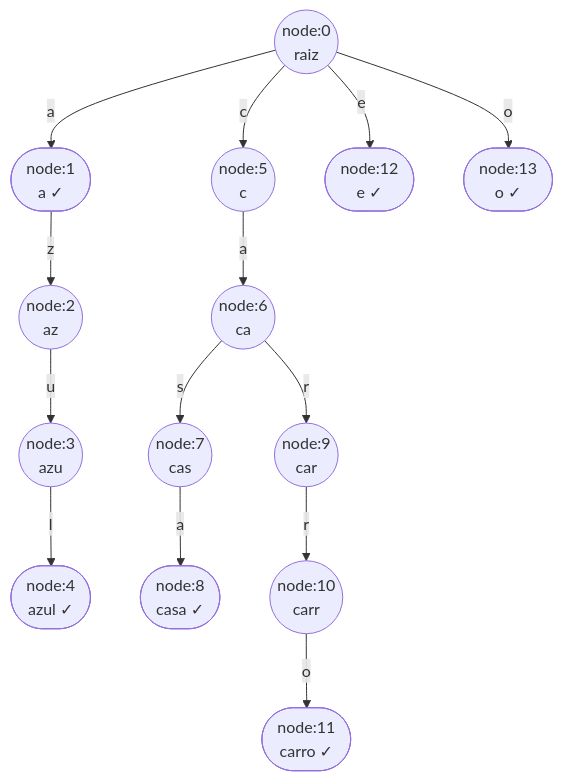
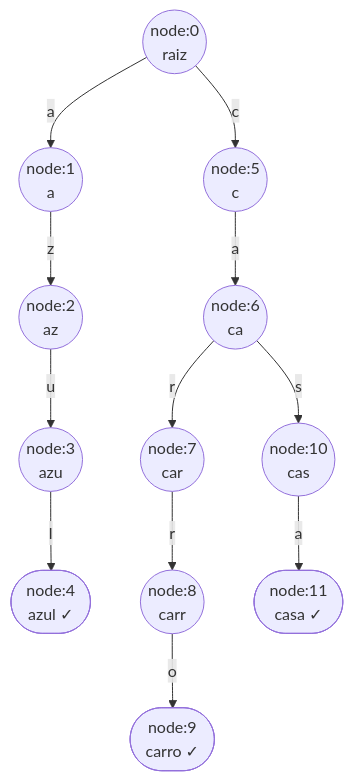
The fifth of 9 diagrams in docs/como-funciona.md (evertondays/fire-flower), drawn with Mermaid before and after one commit. The commit also changed other lines of this file and 22 other files, not shown here.

````diff
--- a/docs/como-funciona.md
+++ b/docs/como-funciona.md
@@ -269,16 +282,14 @@
 ```mermaid
 flowchart TB
-    N0(("node:0<br/>raiz")) -->|a| N1(["node:1<br/>a ✓"])
+    N0(("node:0<br/>raiz")) -->|a| N1(("node:1<br/>a"))
     N0 -->|c| N5(("node:5<br/>c"))
-    N0 -->|e| N12(["node:12<br/>e ✓"])
-    N0 -->|o| N13(["node:13<br/>o ✓"])
     N1 -->|z| N2(("node:2<br/>az"))
     N2 -->|u| N3(("node:3<br/>azu"))
     N3 -->|l| N4(["node:4<br/>azul ✓"])
     N5 -->|a| N6(("node:6<br/>ca"))
-    N6 -->|r| N9(("node:9<br/>car"))
-    N6 -->|s| N7(("node:7<br/>cas"))
-    N7 -->|a| N8(["node:8<br/>casa ✓"])
-    N9 -->|r| N10(("node:10<br/>carr"))
-    N10 -->|o| N11(["node:11<br/>carro ✓"])
+    N6 -->|r| N7(("node:7<br/>car"))
+    N6 -->|s| N10(("node:10<br/>cas"))
+    N7 -->|r| N8(("node:8<br/>carr"))
+    N8 -->|o| N9(["node:9<br/>carro ✓"])
+    N10 -->|a| N11(["node:11<br/>casa ✓"])
 ```
````
